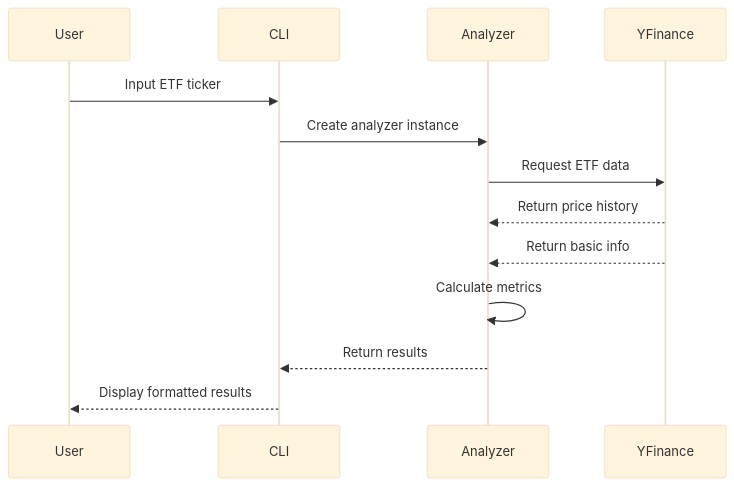
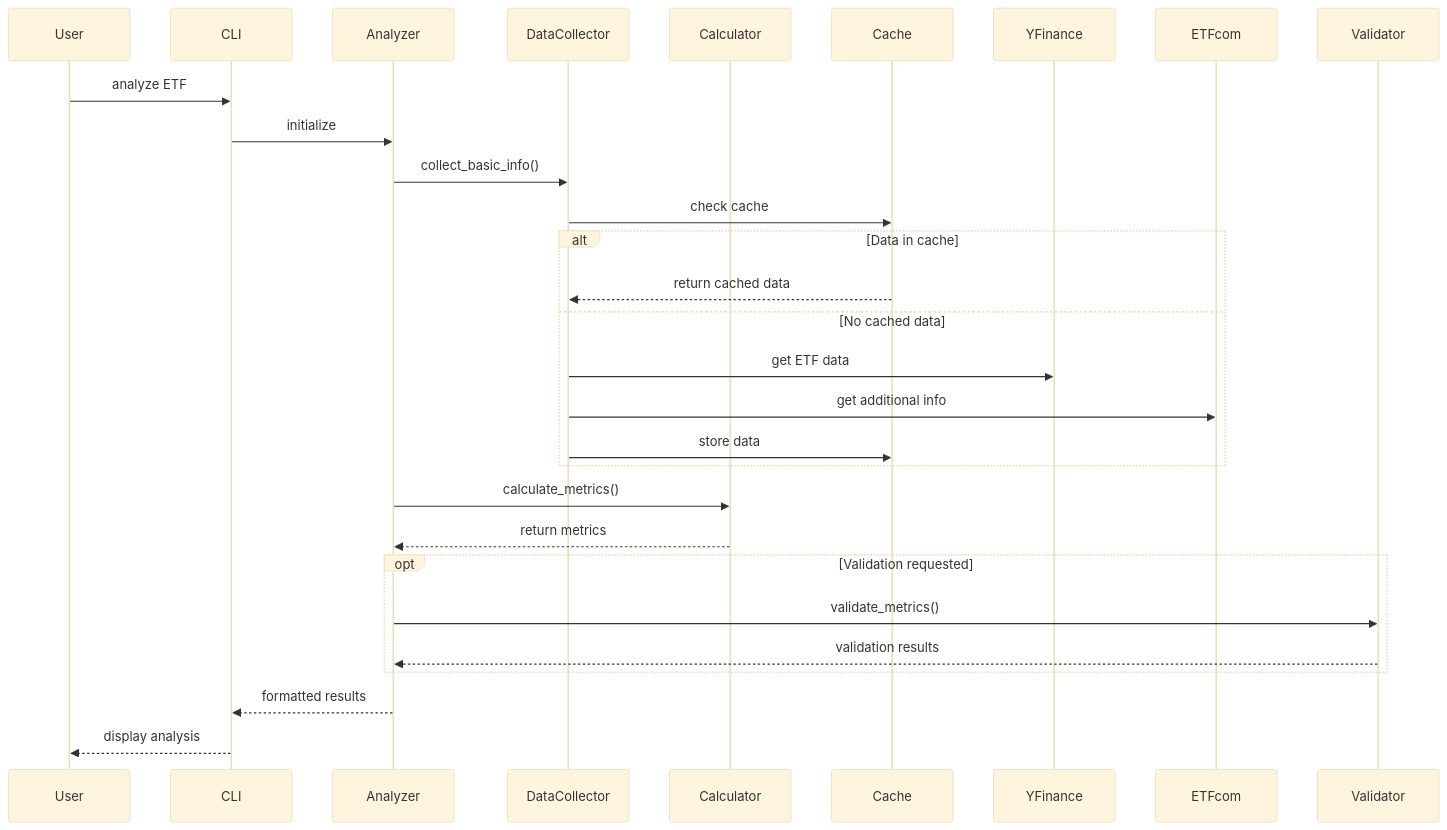
The second of 3 diagrams in README.md (ericgage/Investing), drawn with Mermaid (base theme) before and after one commit. The commit also changed other lines of this file and 12 other files, not shown here.

````diff
--- a/README.md
+++ b/README.md
@@ -120,16 +230,33 @@
 ```mermaid
 sequenceDiagram
     participant User
     participant CLI
     participant Analyzer
-    participant YFinance
+    participant DataCollector
+    participant Calculator
+    participant Cache
     
-    User->>CLI: Input ETF ticker
-    CLI->>Analyzer: Create analyzer instance
-    Analyzer->>YFinance: Request ETF data
-    YFinance-->>Analyzer: Return price history
-    YFinance-->>Analyzer: Return basic info
-    Analyzer->>Analyzer: Calculate metrics
-    Analyzer-->>CLI: Return results
-    CLI-->>User: Display formatted results
+    User->>CLI: analyze ETF
+    CLI->>Analyzer: initialize
+    
+    Analyzer->>DataCollector: collect_basic_info()
+    DataCollector->>Cache: check cache
+    alt Data in cache
+        Cache-->>DataCollector: return cached data
+    else No cached data
+        DataCollector->>YFinance: get ETF data
+        DataCollector->>ETFcom: get additional info
+        DataCollector->>Cache: store data
+    end
+    
+    Analyzer->>Calculator: calculate_metrics()
+    Calculator-->>Analyzer: return metrics
+    
+    opt Validation requested
+        Analyzer->>Validator: validate_metrics()
+        Validator-->>Analyzer: validation results
+    end
+    
+    Analyzer-->>CLI: formatted results
+    CLI-->>User: display analysis
 ```
````
